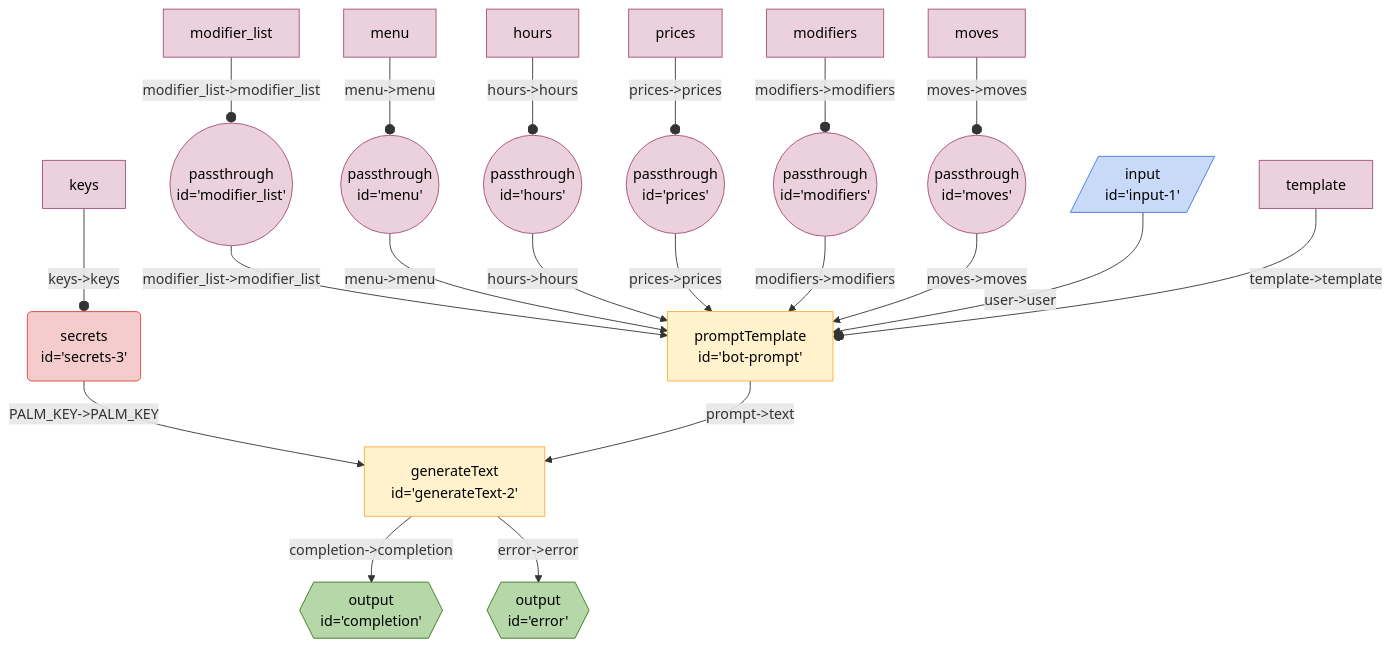
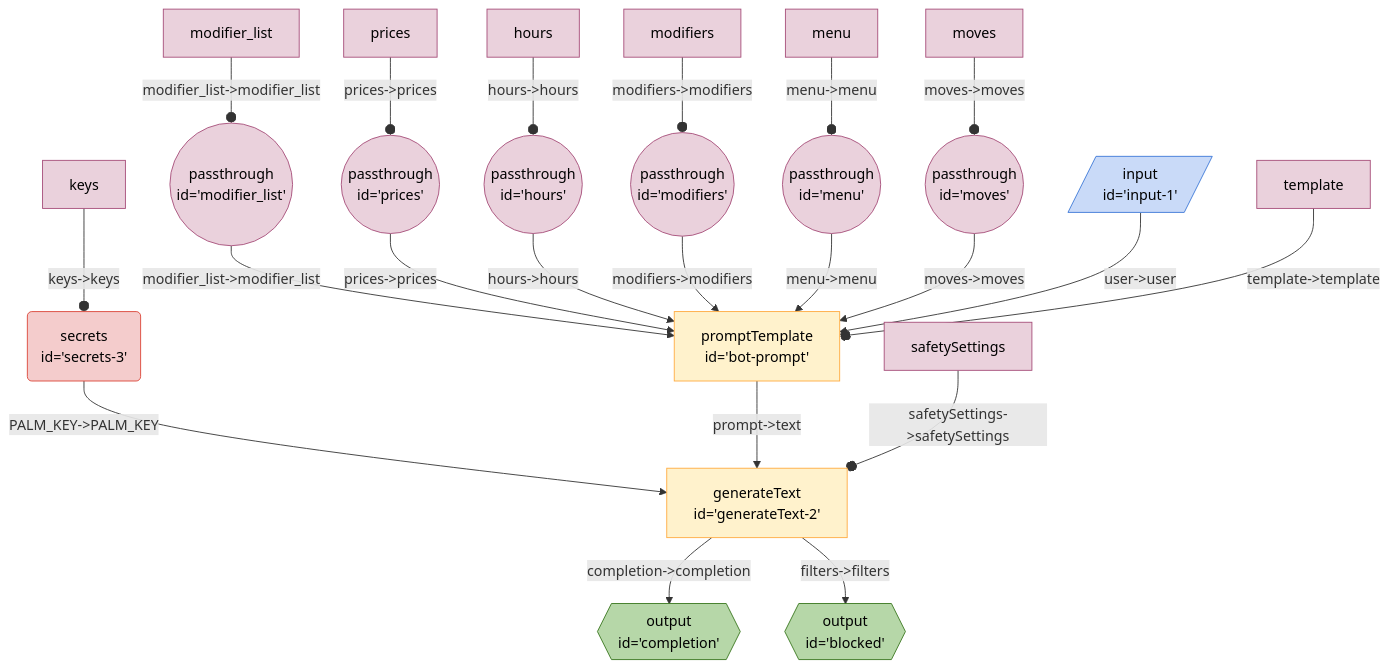
Before and after one commit to breadboard-ai/breadboard: the diagram in seeds/coffe-bot-board/docs/coffee-bot.md, drawn with Mermaid. The commit also changed 3 other files, not shown here.

````diff
--- a/seeds/coffe-bot-board/docs/coffee-bot.md
+++ b/seeds/coffe-bot-board/docs/coffee-bot.md
@@ -3,31 +3,32 @@
 ```mermaid
 %%{init: 'themeVariables': { 'fontFamily': 'Fira Code, monospace' }}%%
 graph TD;
 modifier_list(("passthrough <br> id='modifier_list'")):::passthrough -- "modifier_list->modifier_list" --> botprompt["promptTemplate <br> id='bot-prompt'"]
+prices(("passthrough <br> id='prices'")):::passthrough -- "prices->prices" --> botprompt["promptTemplate <br> id='bot-prompt'"]
+hours(("passthrough <br> id='hours'")):::passthrough -- "hours->hours" --> botprompt["promptTemplate <br> id='bot-prompt'"]
+modifiers(("passthrough <br> id='modifiers'")):::passthrough -- "modifiers->modifiers" --> botprompt["promptTemplate <br> id='bot-prompt'"]
 menu(("passthrough <br> id='menu'")):::passthrough -- "menu->menu" --> botprompt["promptTemplate <br> id='bot-prompt'"]
-hours(("passthrough <br> id='hours'")):::passthrough -- "hours->hours" --> botprompt["promptTemplate <br> id='bot-prompt'"]
-prices(("passthrough <br> id='prices'")):::passthrough -- "prices->prices" --> botprompt["promptTemplate <br> id='bot-prompt'"]
-modifiers(("passthrough <br> id='modifiers'")):::passthrough -- "modifiers->modifiers" --> botprompt["promptTemplate <br> id='bot-prompt'"]
 moves(("passthrough <br> id='moves'")):::passthrough -- "moves->moves" --> botprompt["promptTemplate <br> id='bot-prompt'"]
 generateText2["generateText <br> id='generateText-2'"] -- "completion->completion" --> completion{{"output <br> id='completion'"}}:::output
-generateText2["generateText <br> id='generateText-2'"] -- "error->error" --> error{{"output <br> id='error'"}}:::output
+generateText2["generateText <br> id='generateText-2'"] -- "filters->filters" --> blocked{{"output <br> id='blocked'"}}:::output
 secrets3("secrets <br> id='secrets-3'"):::secrets -- "PALM_KEY->PALM_KEY" --> generateText2["generateText <br> id='generateText-2'"]
 botprompt["promptTemplate <br> id='bot-prompt'"] -- "prompt->text" --> generateText2["generateText <br> id='generateText-2'"]
 input1[/"input <br> id='input-1'"/]:::input -- "user->user" --> botprompt["promptTemplate <br> id='bot-prompt'"]
 templatebotprompt[template]:::config -- "template->template" --o botprompt
 modifier_listmodifier_list[modifier_list]:::config -- "modifier_list->modifier_list" --o modifier_list
+pricesprices[prices]:::config -- "prices->prices" --o prices
+hourshours[hours]:::config -- "hours->hours" --o hours
+modifiersmodifiers[modifiers]:::config -- "modifiers->modifiers" --o modifiers
 menumenu[menu]:::config -- "menu->menu" --o menu
-hourshours[hours]:::config -- "hours->hours" --o hours
-pricesprices[prices]:::config -- "prices->prices" --o prices
-modifiersmodifiers[modifiers]:::config -- "modifiers->modifiers" --o modifiers
 movesmoves[moves]:::config -- "moves->moves" --o moves
+safetySettingsgenerateText2[safetySettings]:::config -- "safetySettings->safetySettings" --o generateText2
 keyssecrets3[keys]:::config -- "keys->keys" --o secrets3
 classDef default stroke:#ffab40,fill:#fff2ccff,color:#000
 classDef input stroke:#3c78d8,fill:#c9daf8ff,color:#000
 classDef output stroke:#38761d,fill:#b6d7a8ff,color:#000
 classDef passthrough stroke:#a64d79,fill:#ead1dcff,color:#000
 classDef slot stroke:#a64d79,fill:#ead1dcff,color:#000
 classDef config stroke:#a64d79,fill:#ead1dcff,color:#000
 classDef secrets stroke:#db4437,fill:#f4cccc,color:#000
 classDef slotted stroke:#a64d79
 ```
````
